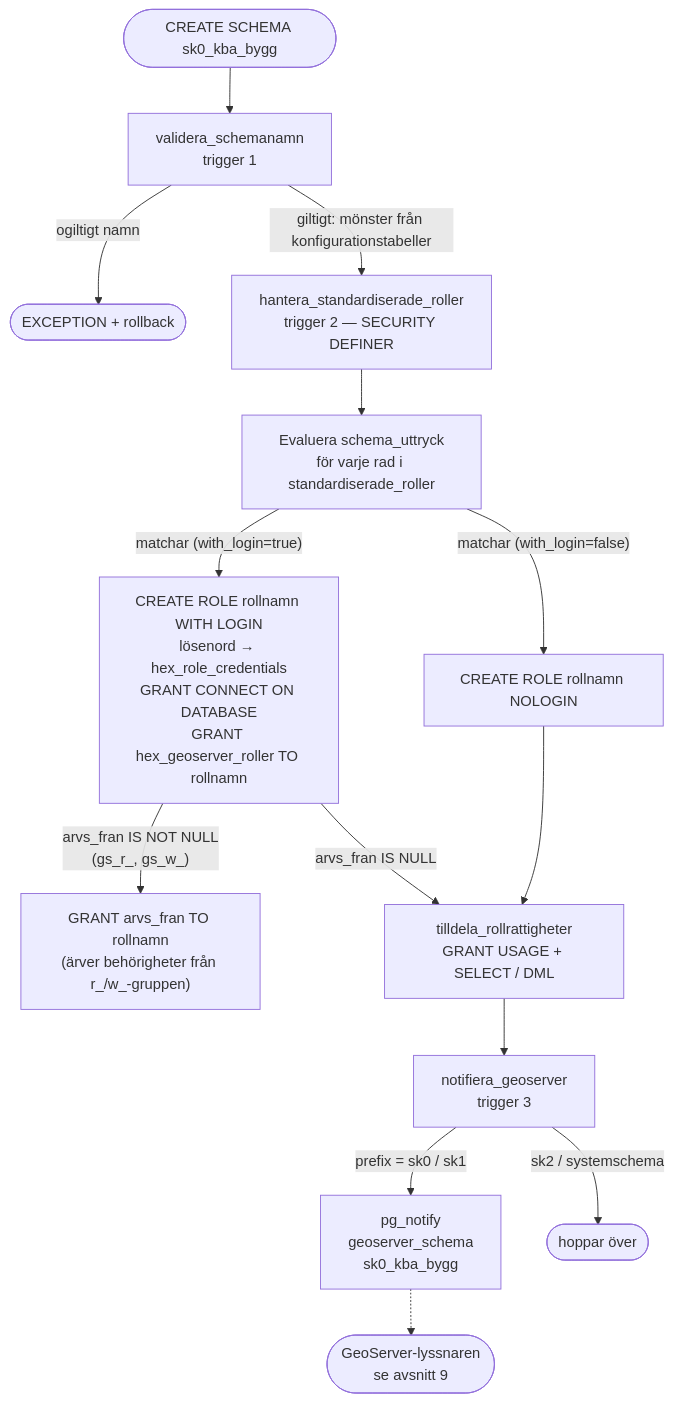
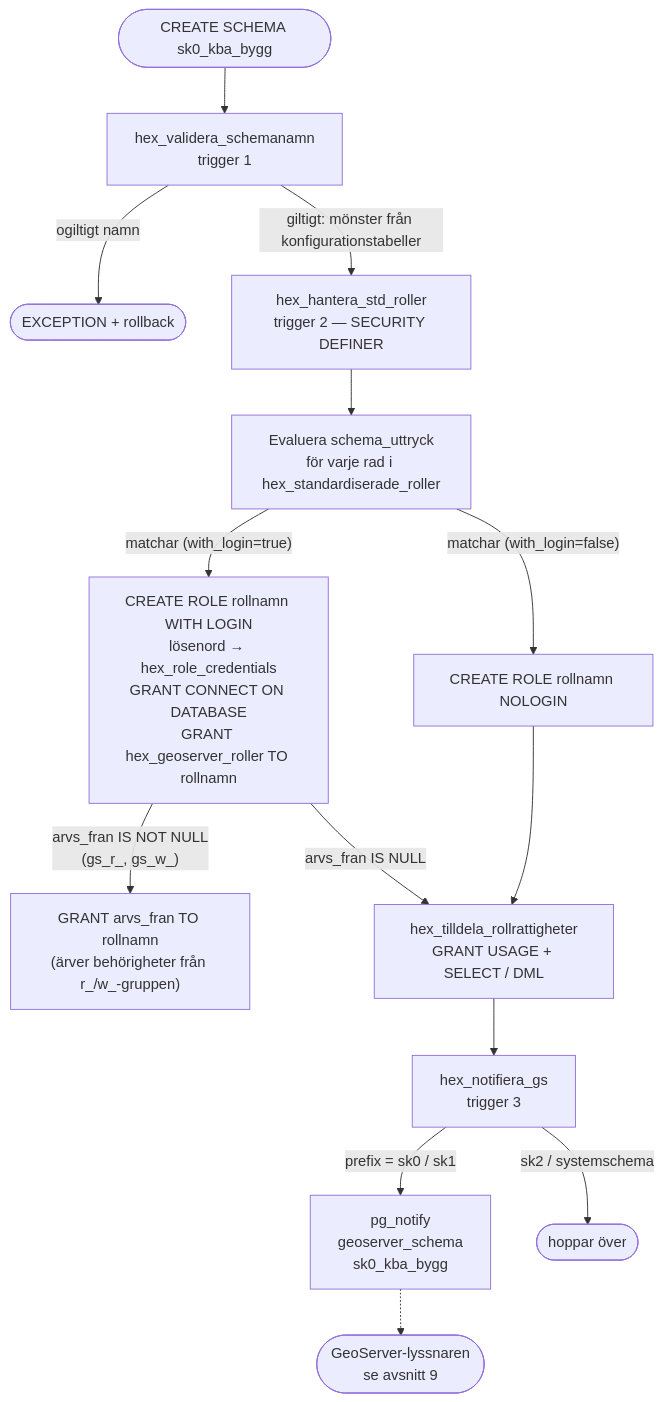
Before and after one commit to Geodata-Kungsbacka/Hex: the second of 9 diagrams in LOGIC_MAP.md, drawn with Mermaid. The commit also changed other lines of this file and 22 other files, not shown here.

````diff
--- a/LOGIC_MAP.md
+++ b/LOGIC_MAP.md
@@ -155,20 +155,20 @@
 ```mermaid
 flowchart TD
     START(["CREATE SCHEMA sk0_kba_bygg"])
-    START --> VS["validera_schemanamn<br/>trigger 1"]
+    START --> VS["hex_validera_schemanamn<br/>trigger 1"]
     VS --> |"ogiltigt namn"| ERRV(["EXCEPTION + rollback"])
     VS --> |"giltigt: mönster från konfigurationstabeller"| HSR
 
-    HSR["hantera_standardiserade_roller<br/>trigger 2 — SECURITY DEFINER"]
-    HSR --> LOOP["Evaluera schema_uttryck<br/>för varje rad i standardiserade_roller"]
+    HSR["hex_hantera_std_roller<br/>trigger 2 — SECURITY DEFINER"]
+    HSR --> LOOP["Evaluera schema_uttryck<br/>för varje rad i hex_standardiserade_roller"]
     LOOP --> |"matchar (with_login=true)"| LOGIN["CREATE ROLE rollnamn WITH LOGIN<br/>lösenord → hex_role_credentials<br/>GRANT CONNECT ON DATABASE<br/>GRANT hex_geoserver_roller TO rollnamn"]
     LOOP --> |"matchar (with_login=false)"| NOLOGIN["CREATE ROLE rollnamn NOLOGIN"]
     LOGIN --> |"arvs_fran IS NOT NULL<br/>(gs_r_, gs_w_)"| ARV["GRANT arvs_fran TO rollnamn<br/>(ärver behörigheter från r_/w_-gruppen)"]
-    LOGIN --> |"arvs_fran IS NULL"| TRR["tilldela_rollrattigheter<br/>GRANT USAGE + SELECT / DML"]
+    LOGIN --> |"arvs_fran IS NULL"| TRR["hex_tilldela_rollrattigheter<br/>GRANT USAGE + SELECT / DML"]
     NOLOGIN --> TRR
 
-    TRR --> NG["notifiera_geoserver<br/>trigger 3"]
+    TRR --> NG["hex_notifiera_gs<br/>trigger 3"]
     NG --> |"prefix = sk0 / sk1"| NOTIFY["pg_notify<br/>geoserver_schema<br/>sk0_kba_bygg"]
     NG --> |"sk2 / systemschema"| SKIP(["hoppar över"])
     NOTIFY -.-> GS(["GeoServer-lyssnaren<br/>se avsnitt 9"])
 ```
````
